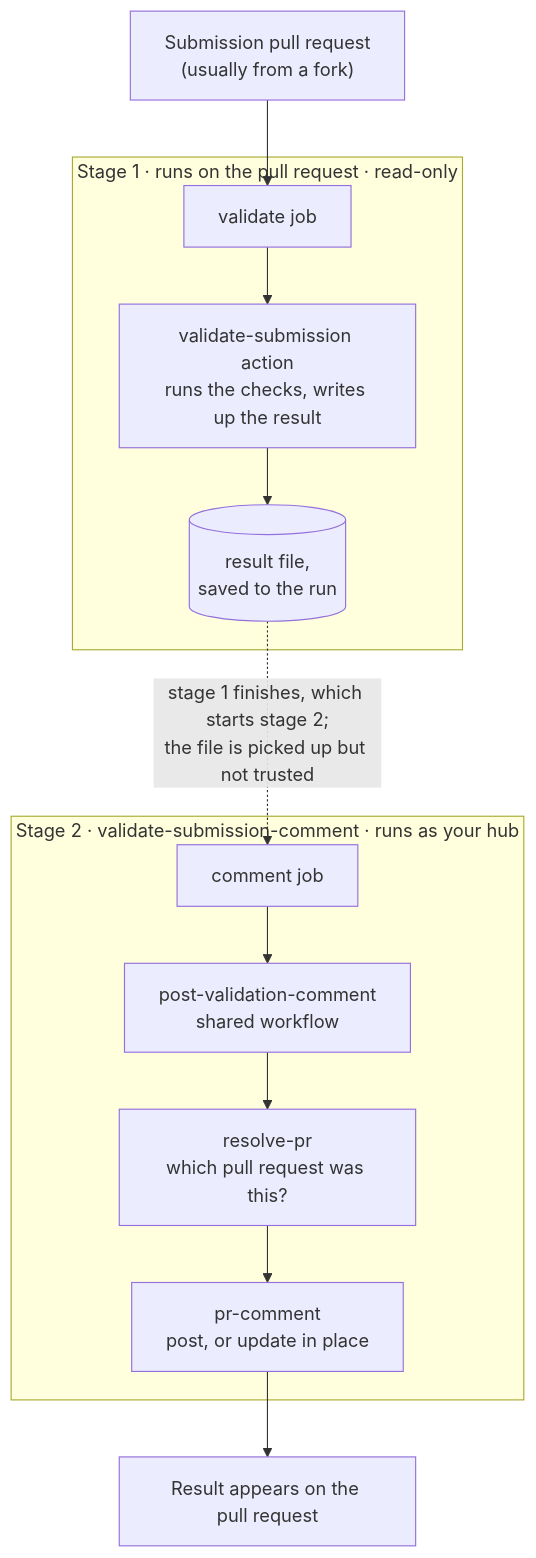
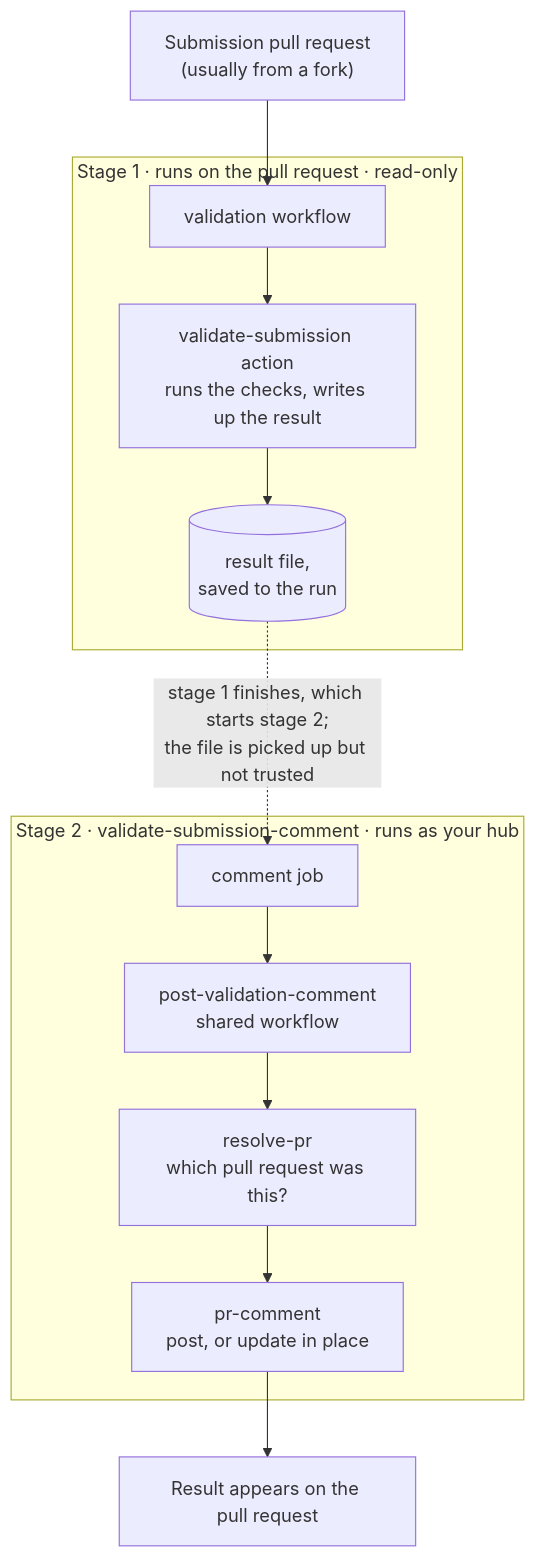
Before and after one commit to hubverse-org/hubverse-actions: the diagram in validate-submission/README.md, drawn with Mermaid. The commit also changed other lines of this file and 10 other files, not shown here.

````diff
--- a/validate-submission/README.md
+++ b/validate-submission/README.md
@@ -52,23 +52,23 @@
 ```mermaid
 flowchart TB
     A["Submission pull request<br/>(usually from a fork)"]
 
     subgraph s1["Stage 1 · runs on the pull request · read-only"]
-        B["validate job"]
+        B["validation workflow"]
         C["validate-submission action<br/>runs the checks, writes up the result"]
         D[("result file,<br/>saved to the run")]
         B --> C --> D
     end
 
     subgraph s2["Stage 2 · validate-submission-comment · runs as your hub"]
         E["comment job"]
         F["post-validation-comment<br/>shared workflow"]
         G["resolve-pr<br/>which pull request was this?"]
         H["pr-comment<br/>post, or update in place"]
         E --> F --> G --> H
     end
 
     A --> B
     D -. "stage 1 finishes, which starts stage 2;<br/>the file is picked up but not trusted" .-> E
     H --> I["Result appears on the pull request"]
 ```
````
